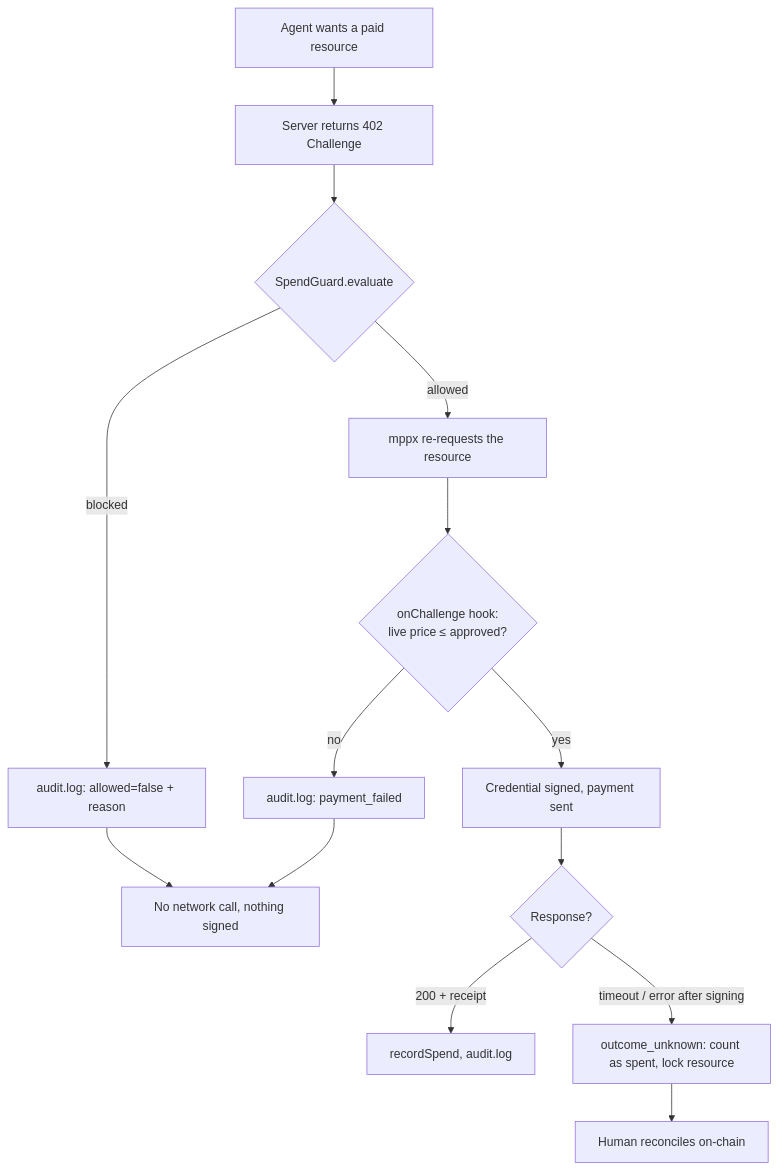
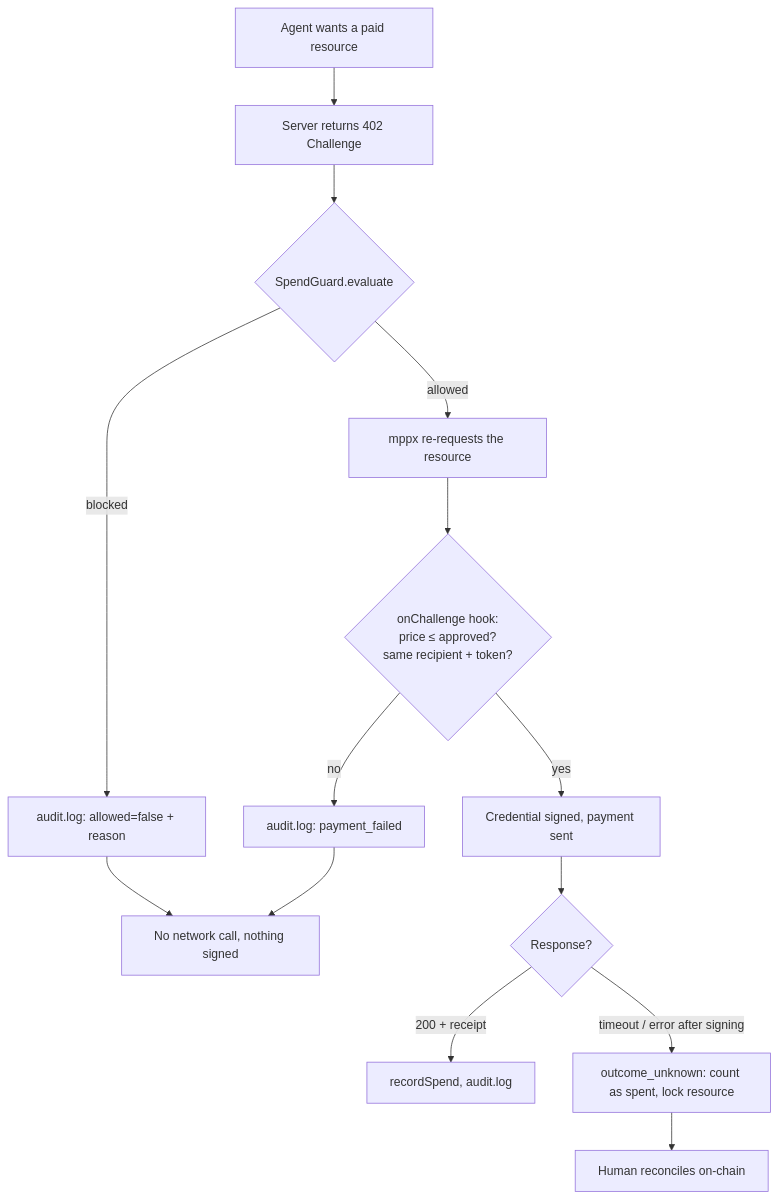
The diagram in README.md (KKallias/mpp-spend-guard), drawn with Mermaid before and after one commit. The commit also changed other lines of this file and 1 other file, not shown here.

````diff
--- a/README.md
+++ b/README.md
@@ -84,13 +92,13 @@
 ```mermaid
 flowchart TD
     A[Agent wants a paid resource] --> B[Server returns 402 Challenge]
     B --> C{SpendGuard.evaluate}
     C -- blocked --> L1[audit.log: allowed=false + reason] --> X[No network call, nothing signed]
     C -- allowed --> D[mppx re-requests the resource]
-    D --> E{"onChallenge hook:<br/>live price ≤ approved?"}
+    D --> E{"onChallenge hook:<br/>price ≤ approved?<br/>same recipient + token?"}
     E -- no --> L2[audit.log: payment_failed] --> X
     E -- yes --> F[Credential signed, payment sent]
     F --> G{Response?}
     G -- 200 + receipt --> H[recordSpend, audit.log]
     G -- timeout / error after signing --> U[outcome_unknown: count as spent, lock resource] --> R[Human reconciles on-chain]
 ```
````
